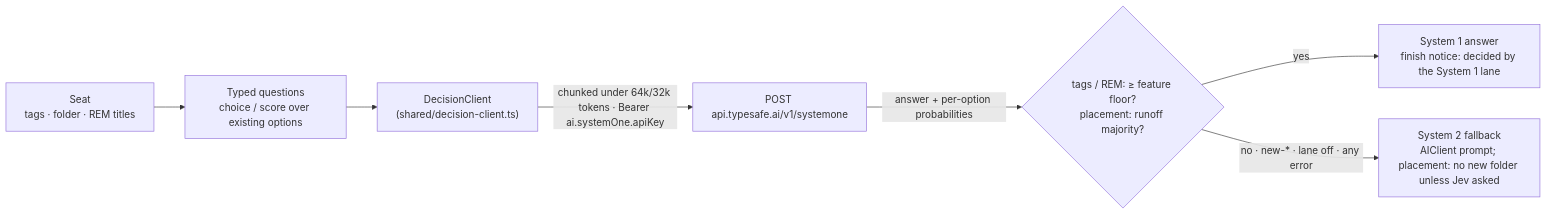
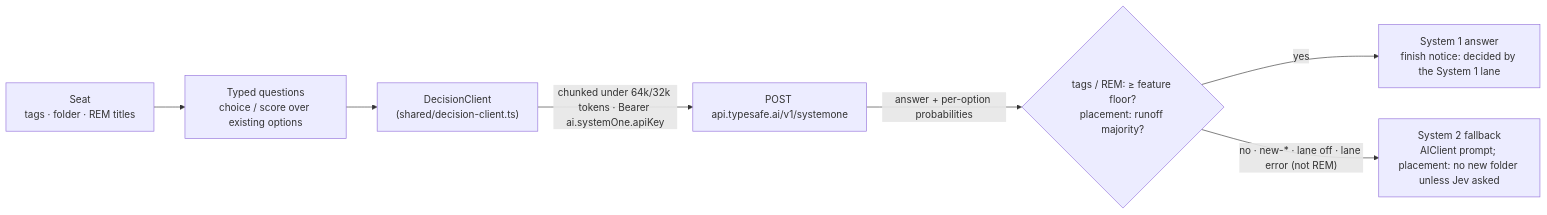
One commit to dustinkeeton/obsidian-synapse changed diagram 13 of 13 in ARCHITECTURE.md. Above: the diagram before and after it, drawn with Mermaid. The commit also changed other lines of this file and 4 other files, not shown here.

First line of the commit message:
docs: record lane-only REM, strongly-related relevance, and skip-on-lane-error

````diff
--- a/ARCHITECTURE.md
+++ b/ARCHITECTURE.md
@@ -1056,9 +1056,9 @@
 ```mermaid
 graph LR
     Seat["Seat<br/>tags · folder · REM titles"] --> Q["Typed questions<br/>choice / score over existing options"]
     Q --> DC["DecisionClient<br/>(shared/decision-client.ts)"]
     DC -->|"chunked under 64k/32k tokens · Bearer ai.systemOne.apiKey"| Jev["POST api.typesafe.ai/v1/systemone"]
     Jev -->|"answer + per-option probabilities"| R{"tags / REM: ≥ feature floor?<br/>placement: runoff majority?"}
     R -->|yes| S1["System 1 answer<br/>finish notice: decided by the System 1 lane"]
-    R -->|"no · new-* · lane off · any error"| S2["System 2 fallback<br/>AIClient prompt; placement: no new folder unless Jev asked"]
+    R -->|"no · new-* · lane off · lane error (not REM)"| S2["System 2 fallback<br/>AIClient prompt; placement: no new folder unless Jev asked"]
 ```
````
